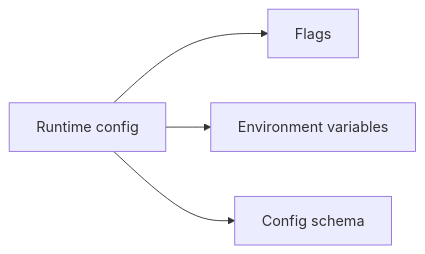
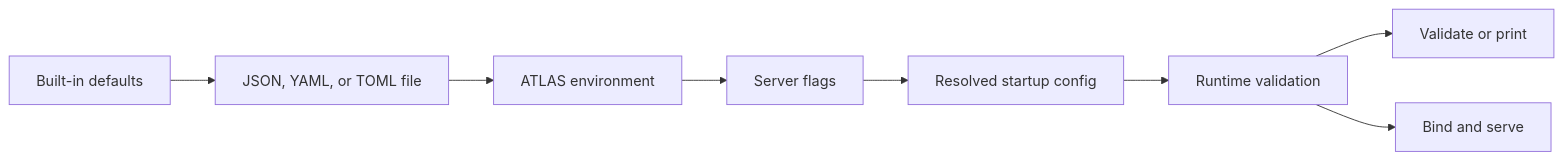
Before and after one commit to bijux/bijux-atlas: the diagram in docs/bijux-atlas/contracts/runtime-config-contracts.md, drawn with Mermaid. The commit also changed other lines of this file and 2 other files, not shown here.

Commit message:
docs(contracts): expose runtime and integration compatibility limits

````diff
--- a/docs/bijux-atlas/contracts/runtime-config-contracts.md
+++ b/docs/bijux-atlas/contracts/runtime-config-contracts.md
@@ -17,6 +26,10 @@
 ```mermaid
 flowchart LR
-    RuntimeConfig[Runtime config] --> Flags[Flags]
-    RuntimeConfig --> Env[Environment variables]
-    RuntimeConfig --> Schema[Config schema]
+    Defaults[Built-in defaults] --> File[JSON, YAML, or TOML file]
+    File --> Env[ATLAS environment]
+    Env --> CLI[Server flags]
+    CLI --> Resolve[Resolved startup config]
+    Resolve --> Validate[Runtime validation]
+    Validate --> Inspect[Validate or print]
+    Validate --> Start[Bind and serve]
 ```
````
